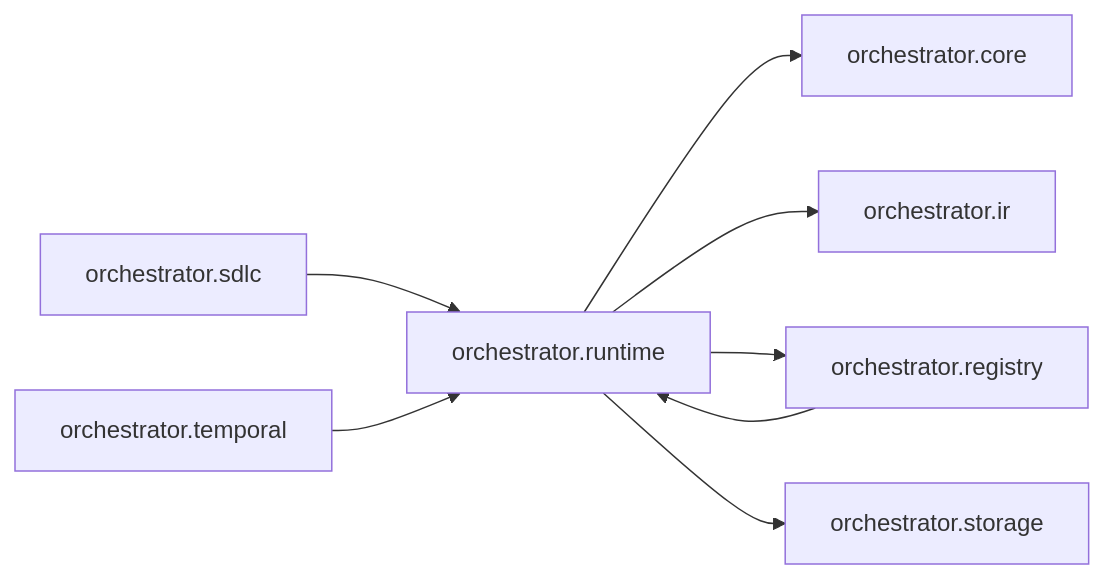
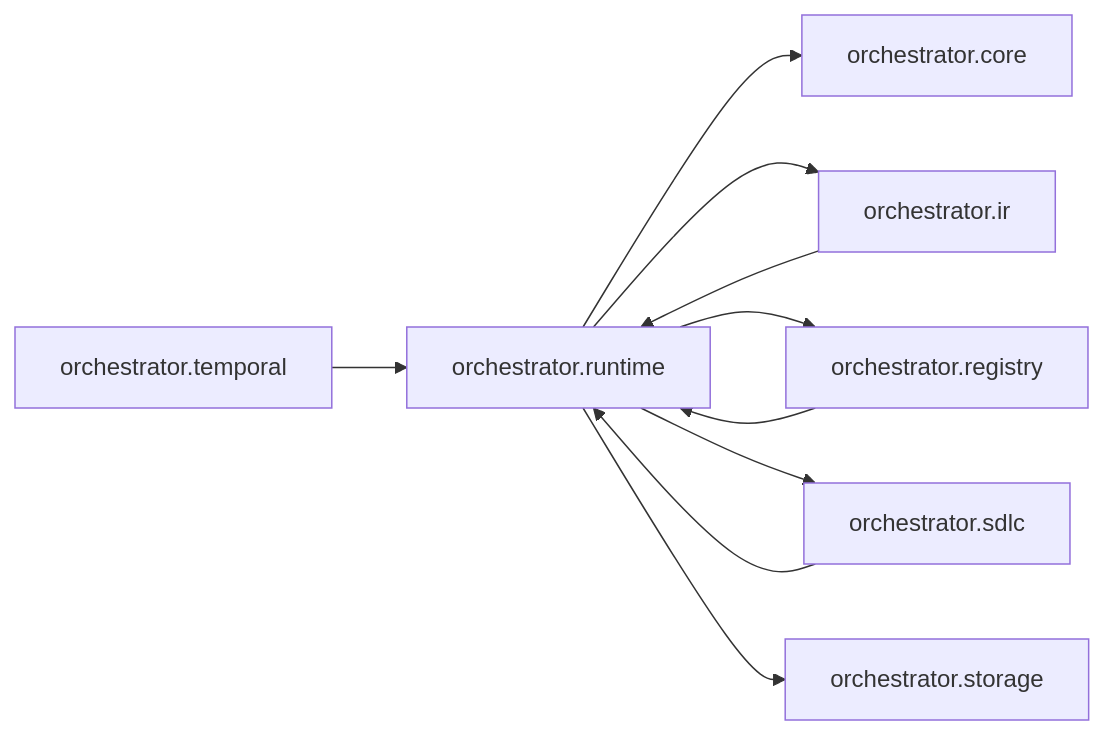
Before and after one commit to synaptixs/spine: the diagram in episteme/areas/orchestrator.runtime.md, drawn with Mermaid. The commit also changed other lines of this file and 53 other files, not shown here.

````diff
--- a/episteme/areas/orchestrator.runtime.md
+++ b/episteme/areas/orchestrator.runtime.md
@@ -8,17 +8,19 @@
 ```mermaid
 flowchart LR
   n0["orchestrator.runtime"]
-  n1["orchestrator.registry"]
-  n2["orchestrator.sdlc"]
-  n3["orchestrator.temporal"]
-  n4["orchestrator.core"]
-  n5["orchestrator.ir"]
+  n1["orchestrator.ir"]
+  n2["orchestrator.registry"]
+  n3["orchestrator.sdlc"]
+  n4["orchestrator.temporal"]
+  n5["orchestrator.core"]
   n6["orchestrator.storage"]
   n1 --> n0
   n2 --> n0
   n3 --> n0
-  n0 --> n4
+  n4 --> n0
   n0 --> n5
   n0 --> n1
+  n0 --> n2
+  n0 --> n3
   n0 --> n6
 ```
````
